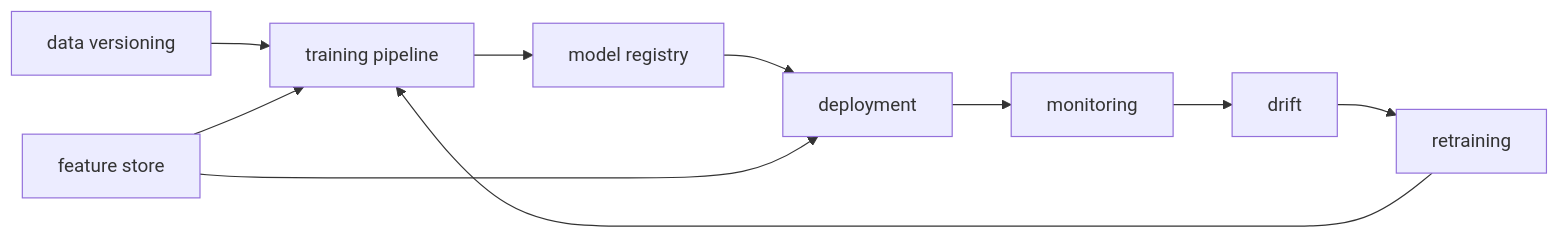
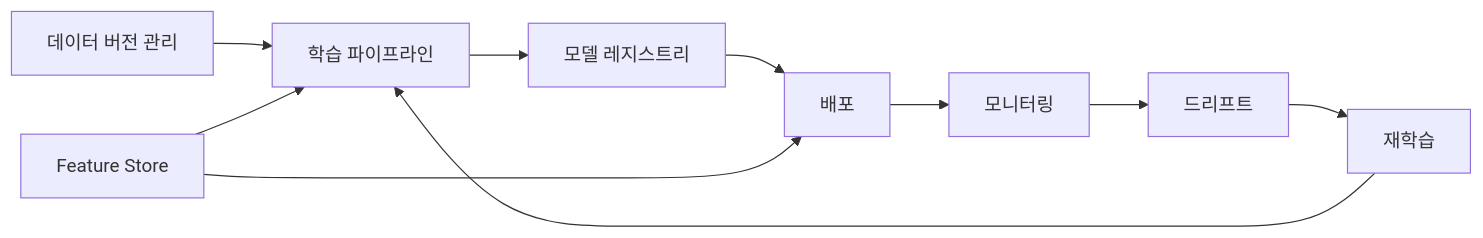
The diagram in content/mlops-101/ko/10-production-ml-system.md (yeongseon-books/book-content), drawn with Mermaid before and after one commit. The commit also changed other lines of this file, not shown here.

````diff
--- a/content/mlops-101/ko/10-production-ml-system.md
+++ b/content/mlops-101/ko/10-production-ml-system.md
@@ -33,12 +51,12 @@
 ```mermaid
 flowchart LR
-    Data["data versioning"] --> Pipe["training pipeline"]
-    Pipe --> Reg["model registry"]
-    Reg --> Deploy["deployment"]
-    Deploy --> Mon["monitoring"]
-    Mon --> Drift["drift"]
-    Drift --> Retrain["retraining"]
+    Data["데이터 버전 관리"] --> Pipe["학습 파이프라인"]
+    Pipe --> Reg["모델 레지스트리"]
+    Reg --> Deploy["배포"]
+    Deploy --> Mon["모니터링"]
+    Mon --> Drift["드리프트"]
+    Drift --> Retrain["재학습"]
     Retrain --> Pipe
-    Feat["feature store"] --> Pipe
+    Feat["Feature Store"] --> Pipe
     Feat --> Deploy
 ```
````
